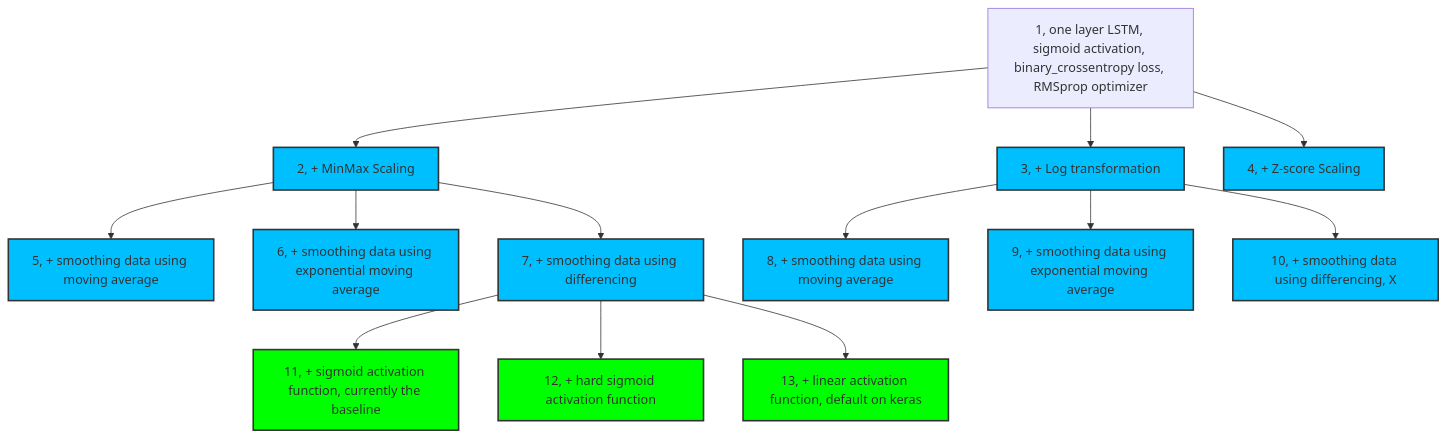
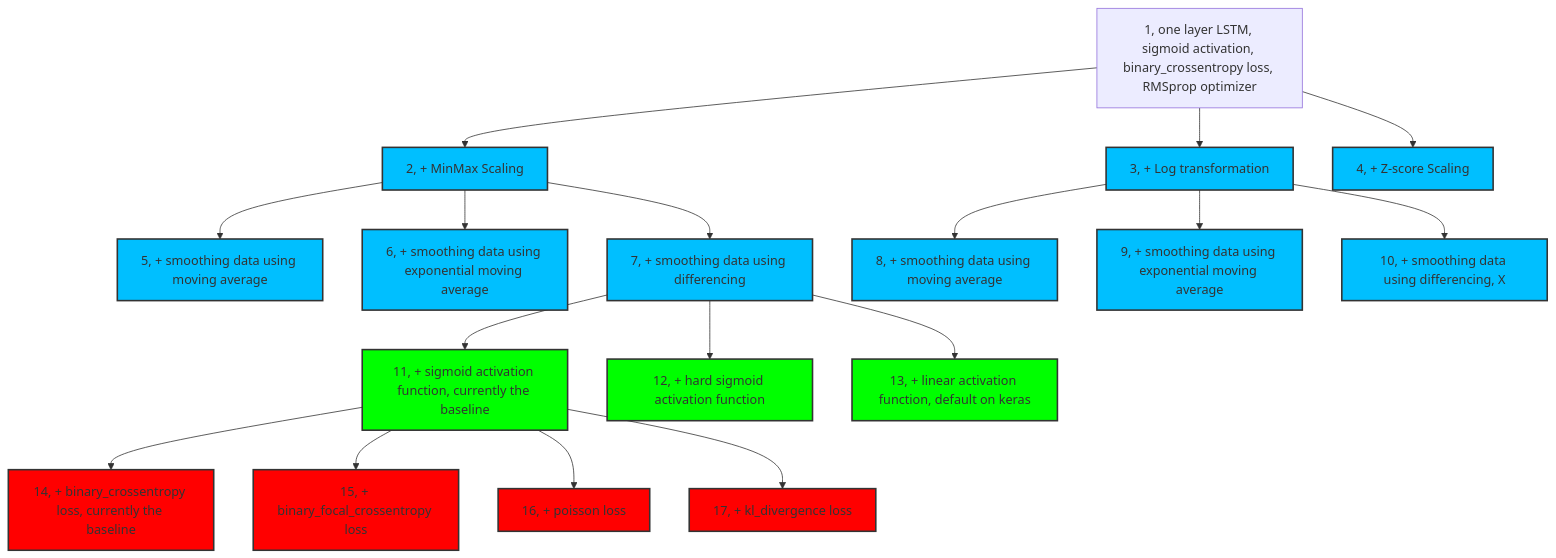
Before and after one commit to zihaozeng0021/currency-exchange-rate-forecasting: the diagram in src/models/LSTM/LSTM_classifier/experiment_hierarchy.md, drawn with Mermaid. The commit also changed 8 other files, not shown here.

````diff
--- a/src/models/LSTM/LSTM_classifier/experiment_hierarchy.md
+++ b/src/models/LSTM/LSTM_classifier/experiment_hierarchy.md
@@ -1,23 +1,33 @@
 ```mermaid
 graph TD
     1[1, one layer LSTM, sigmoid activation, binary_crossentropy loss, RMSprop optimizer] --> 2[2, + MinMax Scaling]
     1 --> 3[3, + Log transformation]
     1 --> 4[4, + Z-score Scaling]
     2 --> 5[5, + smoothing data using moving average]
     2 --> 6[6, + smoothing data using exponential moving average]
     2 --> 7[7, + smoothing data using differencing]
     3 --> 8[8, + smoothing data using moving average]
     3 --> 9[9, + smoothing data using exponential moving average]
     3 --> 10[10, + smoothing data using differencing, X]
     7 --> 11[11, + sigmoid activation function, currently the baseline]
     7 --> 12[12, + hard sigmoid activation function]
     7 --> 13[13, + linear activation function, default on keras]
+    11 --> 14[14, + binary_crossentropy loss, currently the baseline]
+    11 --> 15[15, + binary_focal_crossentropy loss]
+    11 --> 16[16, + poisson loss]
+    11 --> 17[17, + kl_divergence loss]
+    
+    
     
     
     classDef brightBlue fill:#00BFFF,stroke:#333,stroke-width:2px;
     class 2,3,4,5,6,7,8,9,10 brightBlue;
     
     classDef brightGreen fill:#00FF00,stroke:#333,stroke-width:2px;
     class 11,12,13 brightGreen;
     
+    classDef brightRed fill:#FF0000,stroke:#333,stroke-width:2px;
+    class 14,15,16,17 brightRed;
+    
+    
 ```
````
